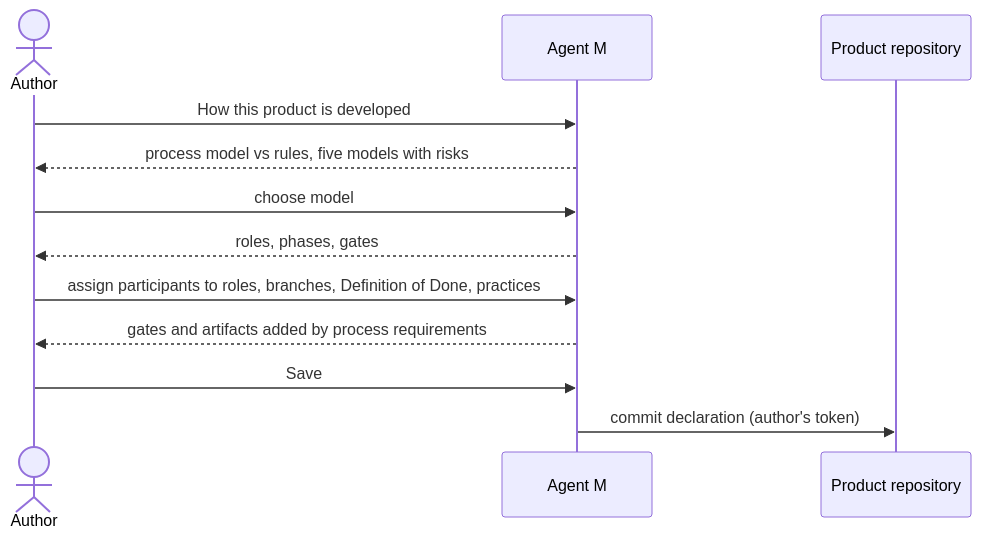
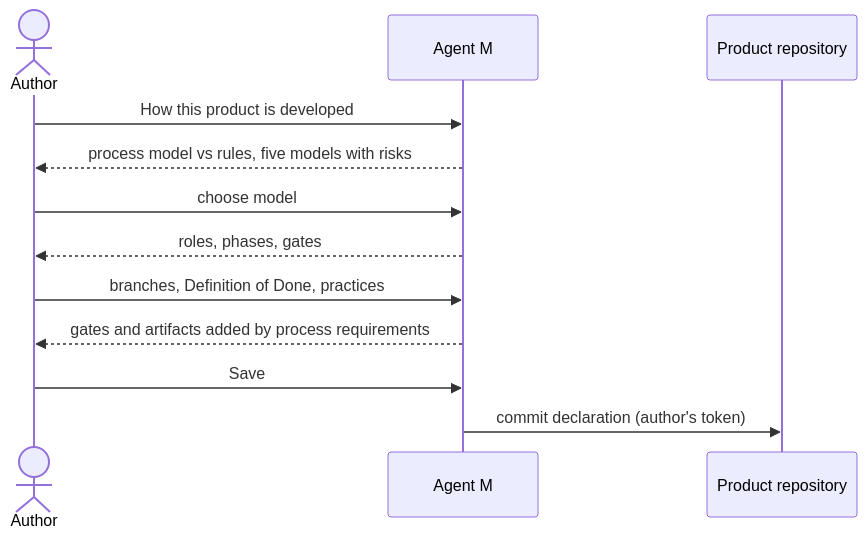
The diagram in docs/use-cases/UC-002-choose-a-process-model.md (akmaier/agent-m), drawn with Mermaid before and after one commit. The commit also changed other lines of this file and 15 other files, not shown here.

````diff
--- a/docs/use-cases/UC-002-choose-a-process-model.md
+++ b/docs/use-cases/UC-002-choose-a-process-model.md
@@ -104,14 +95,14 @@
 ```mermaid
 sequenceDiagram
     actor A as Author
     participant M as Agent M
     participant G as Product repository
     A->>M: How this product is developed
     M-->>A: process model vs rules, five models with risks
     A->>M: choose model
     M-->>A: roles, phases, gates
-    A->>M: assign participants to roles, branches, Definition of Done, practices
+    A->>M: branches, Definition of Done, practices
     M-->>A: gates and artifacts added by process requirements
     A->>M: Save
     M->>G: commit declaration (author's token)
 ```
````
